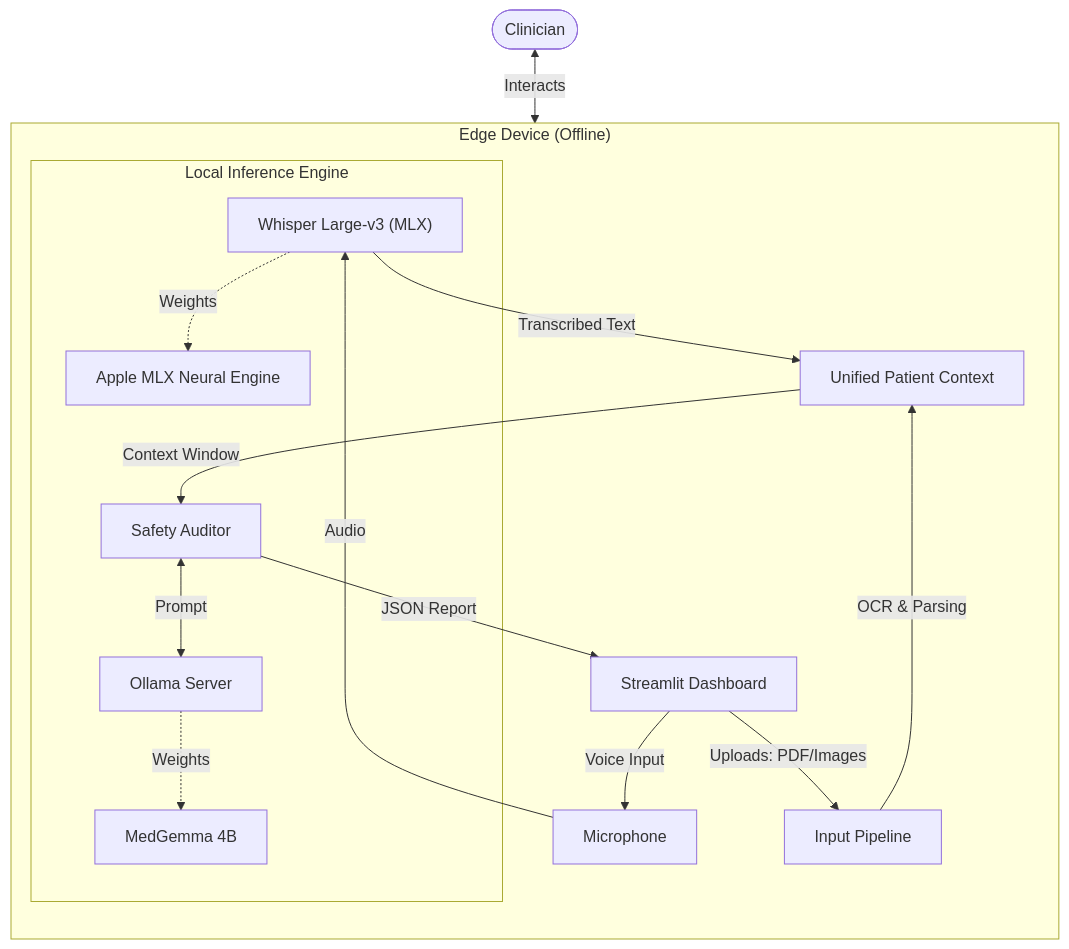
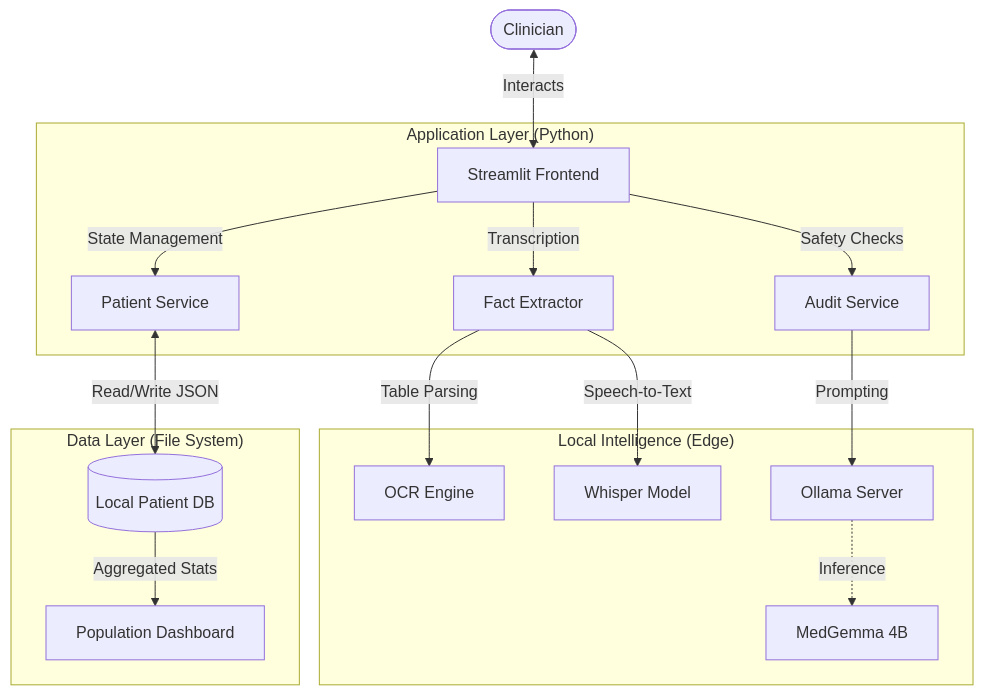
The diagram in README.md (Magma4/sentinel), drawn with Mermaid before and after one commit. The commit also changed other lines of this file and 10 other files, not shown here.

````diff
--- a/README.md
+++ b/README.md
@@ -66,26 +38,23 @@
 ```mermaid
 graph TD
-    User([Clinician]) <-->|Interacts| UI[Streamlit Dashboard]
+    User([Clinician]) <-->|Interacts| UI[Streamlit Frontend]
 
-    subgraph "Edge Device (Offline)"
-        direction TB
+    subgraph "Application Layer (Python)"
+        UI -->|State Management| PatientService[Patient Service]
+        UI -->|Transcription| FactExtractor[Fact Extractor]
+        UI -->|Safety Checks| AuditService[Audit Service]
+    end
 
-        %% Inputs
-        UI -->|Voice Input| Mic[Microphone]
-        Mic -->|Audio| Whisper["Whisper Large-v3 (MLX)"]
-        Whisper -->|Transcribed Text| Context[Unified Patient Context]
+    subgraph "Local Intelligence (Edge)"
+        FactExtractor -->|Table Parsing| Tesseract[OCR Engine]
+        FactExtractor -->|Speech-to-Text| Whisper[Whisper Model]
 
-        UI -->|Uploads: PDF/Images| Ingest[Input Pipeline]
-        Ingest -->|OCR & Parsing| Context
+        AuditService -->|Prompting| Ollama[Ollama Server]
+        Ollama -.->|Inference| MedGemma[MedGemma 4B]
+    end
 
-        Context -->|Context Window| Logic[Safety Auditor]
-
-        subgraph "Local Inference Engine"
-            Logic <-->|Prompt| Ollama[Ollama Server]
-            Ollama -.->|Weights| Model[MedGemma 4B]
-            Whisper -.->|Weights| WModel[Apple MLX Neural Engine]
-        end
-
-        Logic -->|JSON Report| UI
+    subgraph "Data Layer (File System)"
+        PatientService <-->|Read/Write JSON| Storage[(Local Patient DB)]
+        Storage -->|Aggregated Stats| PopHealth[Population Dashboard]
     end
 ```
````
